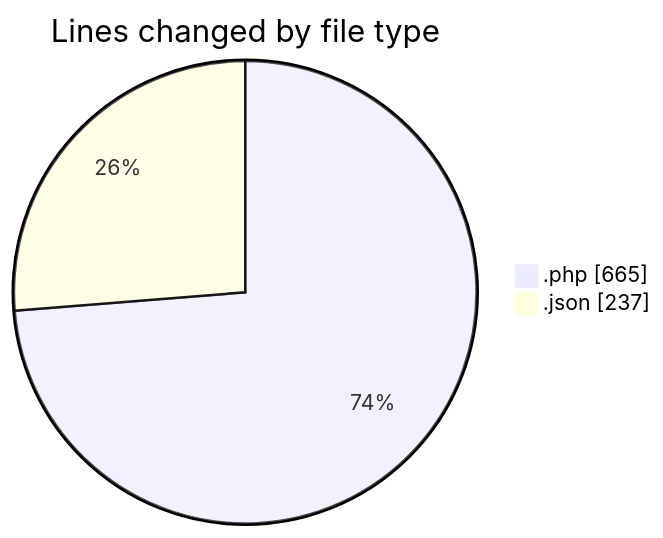
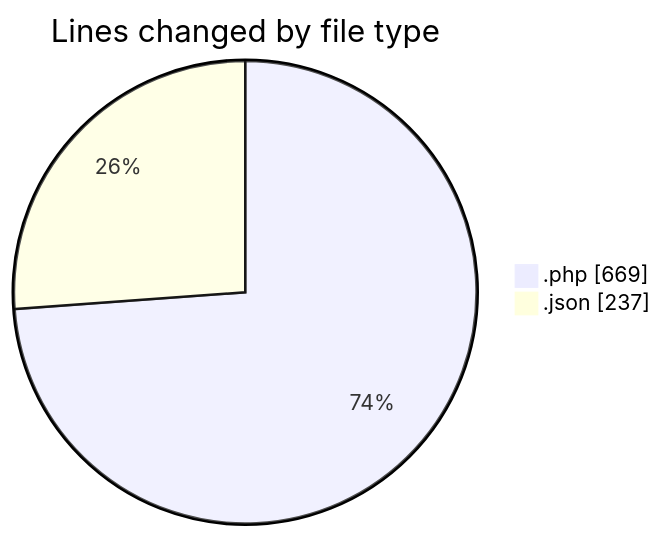
One commit to idhammustaqopulfikri/code-tracking changed the first of 2 diagrams in 2025-06-22/studio-backend/README.md. Above: the diagram before and after it, drawn with Mermaid. The commit also changed other lines of this file and 1 other file, not shown here.

````diff
--- a/2025-06-22/studio-backend/README.md
+++ b/2025-06-22/studio-backend/README.md
@@ -25,6 +25,6 @@
 ```mermaid
 pie showData
 title Lines changed by file type
-".php" : 665
+".php" : 669
 ".json" : 237
 ```
````
